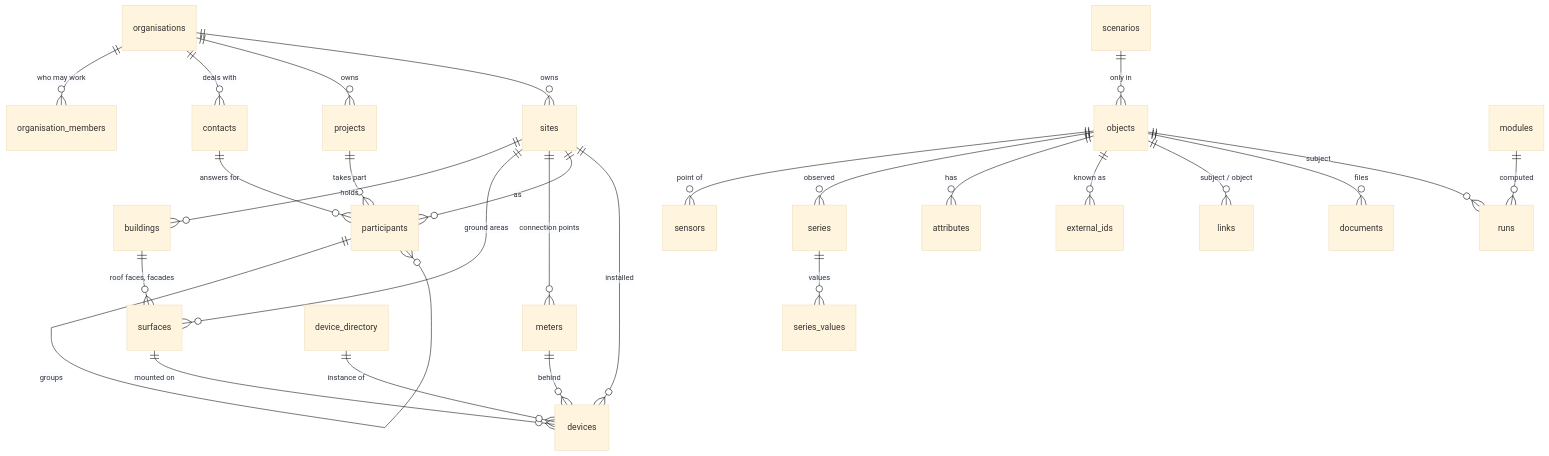
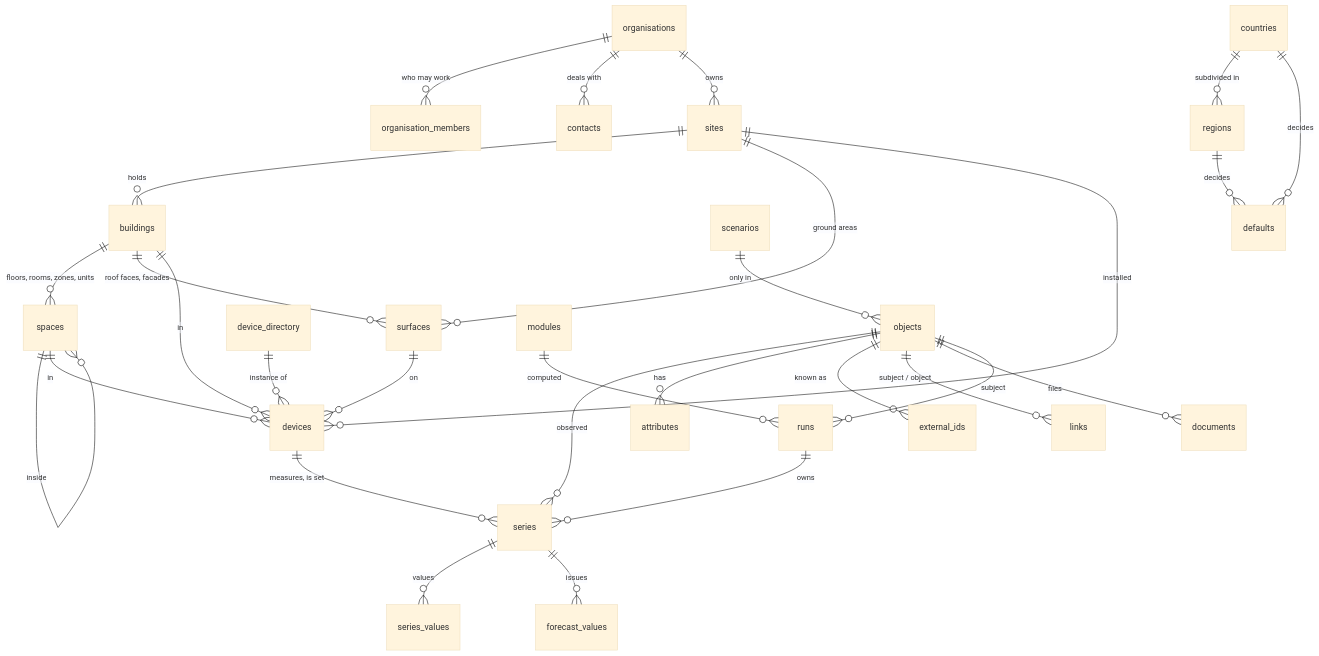
Before and after one commit to nexgen-os/nexgen-os: the diagram in docs/model.md, drawn with Mermaid (base theme). The commit also changed other lines of this file and 8 other files, not shown here.

Commit message:
docs: the model on schema 0.2, and the CLI's schema floor at 0.2.0

````diff
--- a/docs/model.md
+++ b/docs/model.md
@@ -3,29 +8,31 @@
 ```mermaid
 erDiagram
   organisations ||--o{ organisation_members : "who may work"
   organisations ||--o{ contacts : "deals with"
-  organisations ||--o{ projects : owns
   organisations ||--o{ sites : owns
   sites ||--o{ buildings : holds
+  buildings ||--o{ spaces : "floors, rooms, zones, units"
+  spaces ||--o{ spaces : "inside"
   buildings ||--o{ surfaces : "roof faces, facades"
   sites ||--o{ surfaces : "ground areas"
-  sites ||--o{ meters : "connection points"
-  projects ||--o{ participants : "takes part"
-  sites ||--o{ participants : "as"
-  contacts ||--o{ participants : "answers for"
-  participants ||--o{ participants : groups
   sites ||--o{ devices : installed
-  surfaces ||--o{ devices : "mounted on"
-  meters ||--o{ devices : behind
+  buildings ||--o{ devices : in
+  spaces ||--o{ devices : in
+  surfaces ||--o{ devices : on
   device_directory ||--o{ devices : "instance of"
-  objects ||--o{ sensors : "point of"
-  objects ||--o{ series : observed
+  objects ||--o{ series : "observed"
+  devices ||--o{ series : "measures, is set"
+  runs ||--o{ series : owns
   series ||--o{ series_values : values
-  objects ||--o{ attributes : "has"
+  series ||--o{ forecast_values : issues
+  objects ||--o{ attributes : has
   objects ||--o{ external_ids : "known as"
   objects ||--o{ links : "subject / object"
-  objects ||--o{ documents : "files"
+  objects ||--o{ documents : files
   objects ||--o{ runs : subject
   scenarios ||--o{ objects : "only in"
   modules ||--o{ runs : computed
+  countries ||--o{ regions : "subdivided in"
+  countries ||--o{ defaults : decides
+  regions ||--o{ defaults : decides
 ```
````
